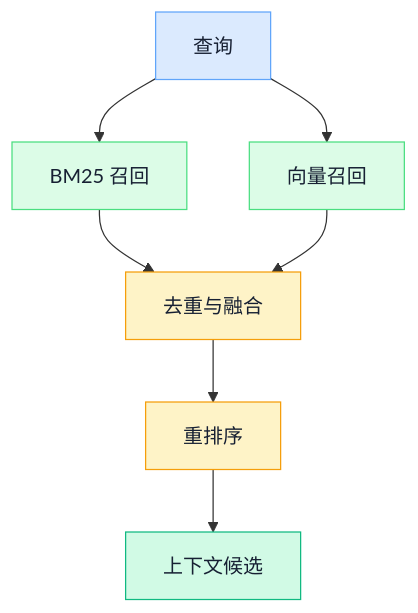
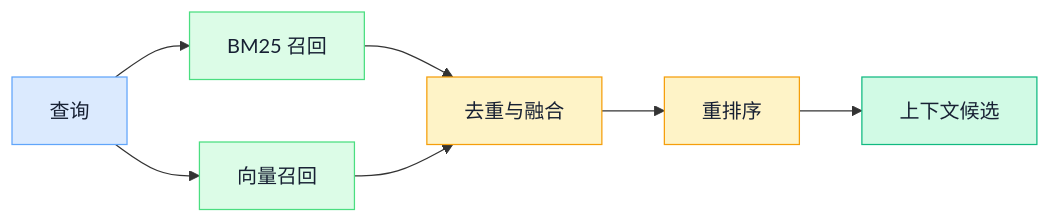
The fourth of 4 diagrams in backend/app/ai_notes/content/04-ai-engineering/01-rag-retrieval-engineering.md (ink-hz/AI-Agent-Platform), drawn with Mermaid before and after one commit. The commit also changed other lines of this file and 3 other files, not shown here.

Commit message:
content: refine Mermaid diagrams for continuous reading

````diff
--- a/backend/app/ai_notes/content/04-ai-engineering/01-rag-retrieval-engineering.md
+++ b/backend/app/ai_notes/content/04-ai-engineering/01-rag-retrieval-engineering.md
@@ -234,18 +243,21 @@
 ```mermaid
-flowchart TB
+flowchart LR
+    accTitle: 混合检索与重排
+    accDescr: 查询同时进入 BM25 和向量召回，结果去重融合并重排序，形成上下文候选。
+
     Q[查询] --> B[BM25 召回]
     Q --> V[向量召回]
     B --> F[去重与融合]
     V --> F
     F --> R[重排序]
     R --> C[上下文候选]
 
     classDef input fill:#DBEAFE,stroke:#60A5FA,color:#172033;
     classDef policy fill:#FEF3C7,stroke:#F59E0B,color:#172033;
     classDef tool fill:#DCFCE7,stroke:#4ADE80,color:#172033;
     classDef success fill:#D1FAE5,stroke:#10B981,color:#172033;
     class Q input;
     class B,V tool;
     class F,R policy;
     class C success;
 ```
````
